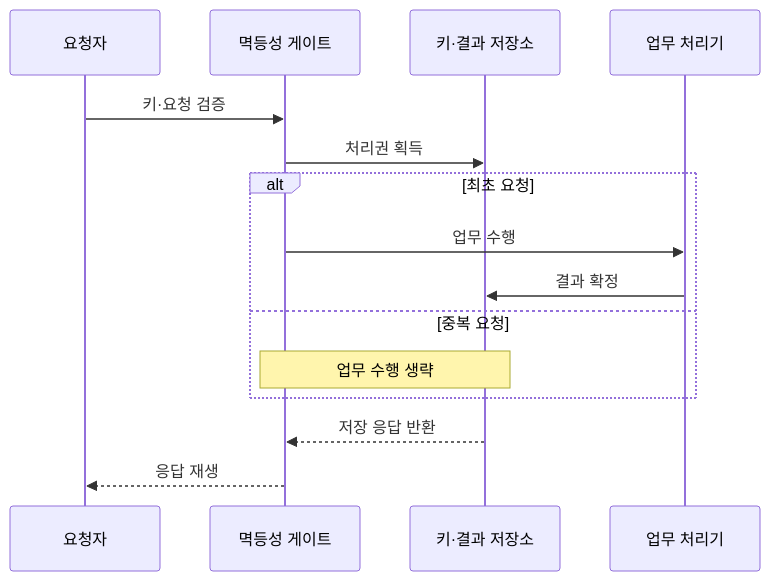
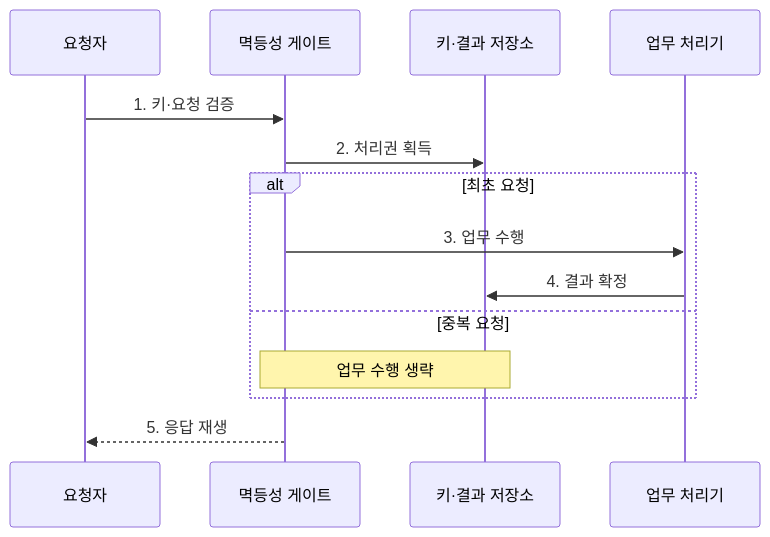
Before and after one commit to agnusdei1207/knowledge-base: the second of 2 diagrams in src/content/docs/notes/03-software/201_idempotency_design.md, drawn with Mermaid. The commit also changed other lines of this file and 20 other files, not shown here.

````diff
--- a/src/content/docs/notes/03-software/201_idempotency_design.md
+++ b/src/content/docs/notes/03-software/201_idempotency_design.md
@@ -79,17 +85,16 @@
 ```mermaid
 sequenceDiagram
     participant C as 요청자
     participant G as 멱등성 게이트
     participant S as 키·결과 저장소
     participant B as 업무 처리기
-    C->>G: 키·요청 검증
-    G->>S: 처리권 획득
+    C->>G: 1. 키·요청 검증
+    G->>S: 2. 처리권 획득
     alt 최초 요청
-        G->>B: 업무 수행
-        B->>S: 결과 확정
+        G->>B: 3. 업무 수행
+        B->>S: 4. 결과 확정
     else 중복 요청
         Note over G,S: 업무 수행 생략
     end
-    S-->>G: 저장 응답 반환
-    G-->>C: 응답 재생
+    G-->>C: 5. 응답 재생
 ```
````
